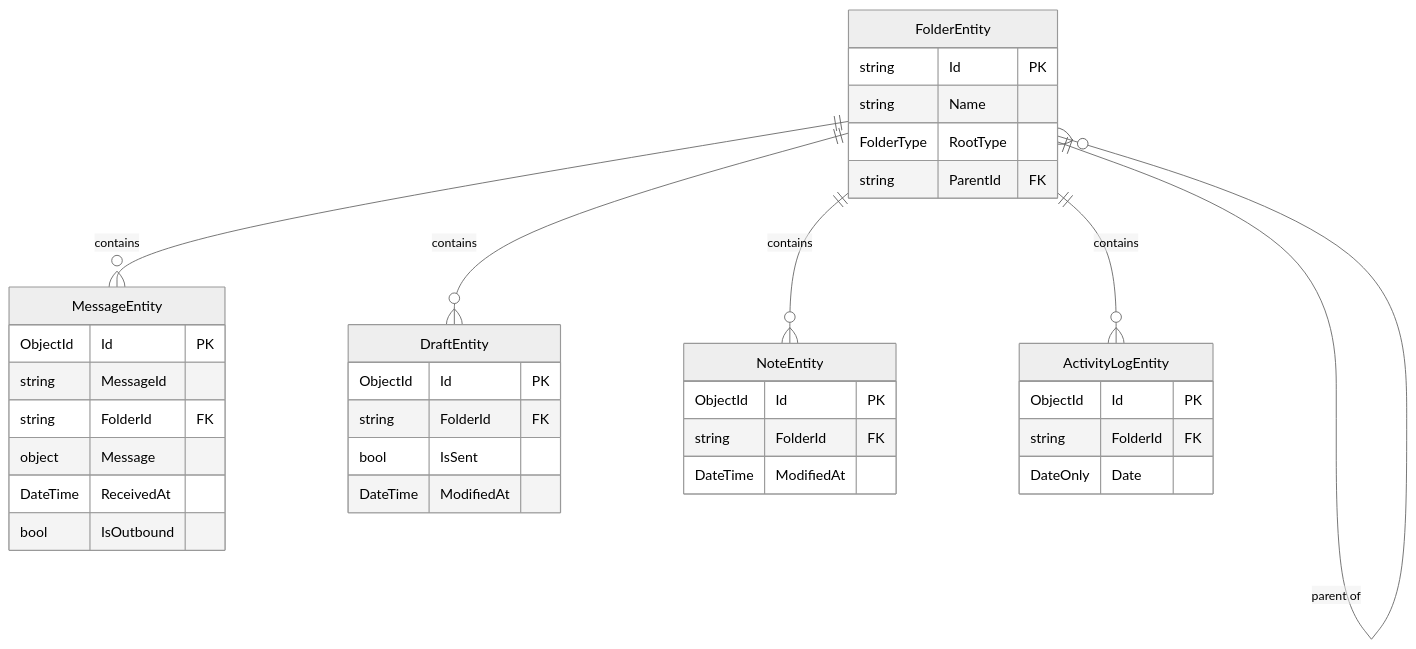
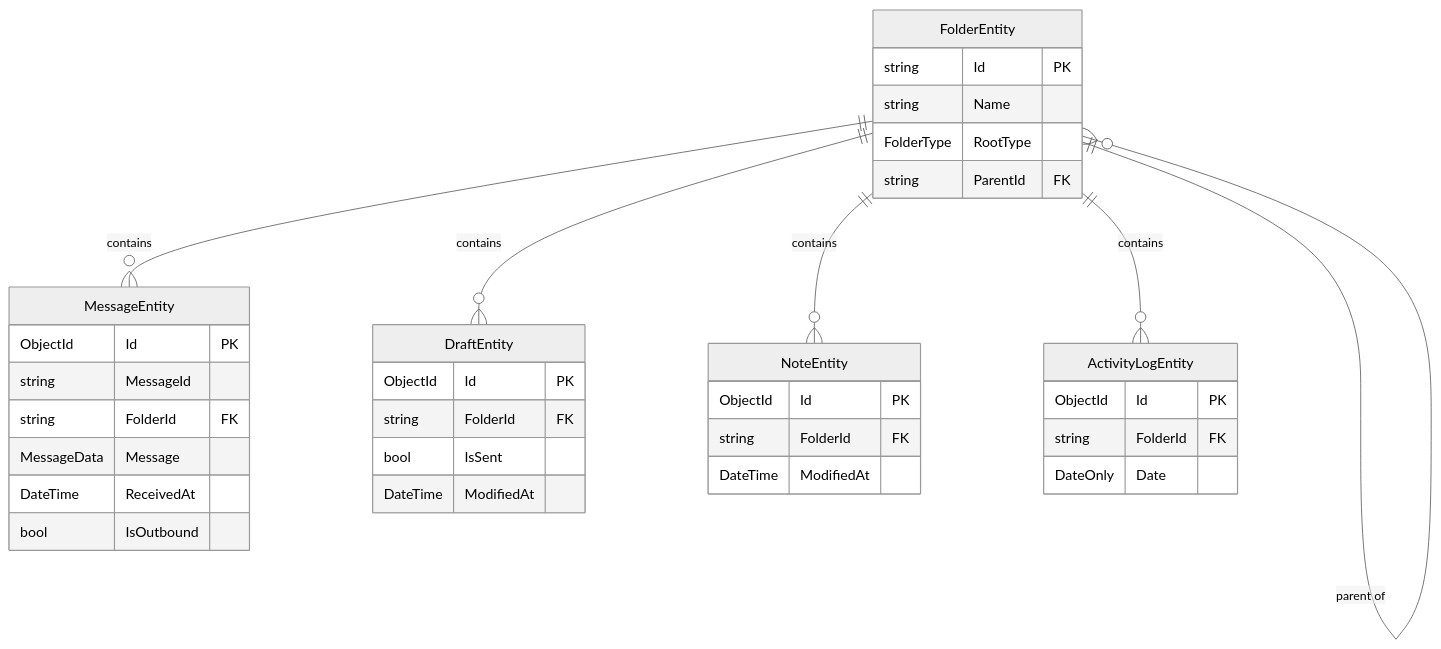
Before and after one commit to Blue-Heighliner/Comlink: the diagram in Docs/Components/Data.md, drawn with Mermaid (neutral theme). The commit also changed other lines of this file and 316 other files, not shown here.

````diff
--- a/Docs/Components/Data.md
+++ b/Docs/Components/Data.md
@@ -30,38 +30,38 @@
 ```mermaid
 erDiagram
     FolderEntity {
         string Id PK
         string Name
         FolderType RootType
         string ParentId FK
     }
     MessageEntity {
         ObjectId Id PK
         string MessageId
         string FolderId FK
-        object Message
+        MessageData Message
         DateTime ReceivedAt
         bool IsOutbound
     }
     DraftEntity {
         ObjectId Id PK
         string FolderId FK
         bool IsSent
         DateTime ModifiedAt
     }
     NoteEntity {
         ObjectId Id PK
         string FolderId FK
         DateTime ModifiedAt
     }
     ActivityLogEntity {
         ObjectId Id PK
         string FolderId FK
         DateOnly Date
     }
     FolderEntity ||--o{ FolderEntity : "parent of"
     FolderEntity ||--o{ MessageEntity : contains
     FolderEntity ||--o{ DraftEntity : contains
     FolderEntity ||--o{ NoteEntity : contains
     FolderEntity ||--o{ ActivityLogEntity : contains
 ```
````
